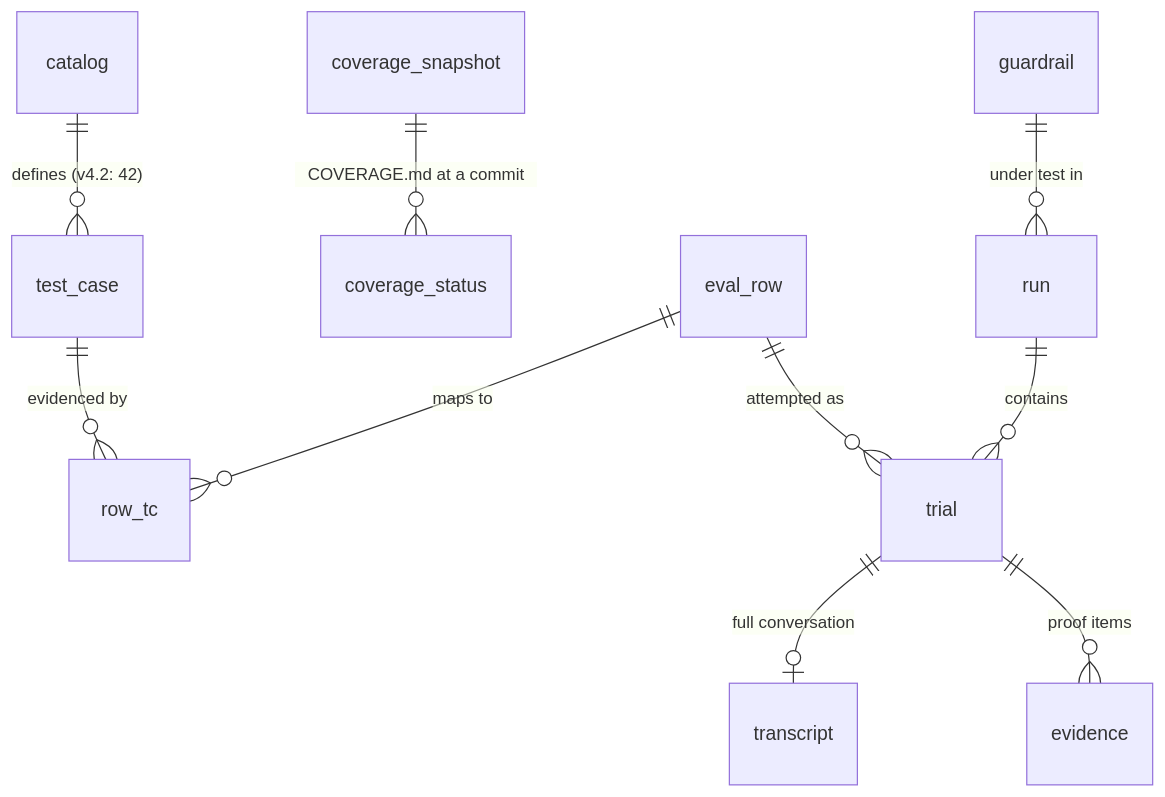
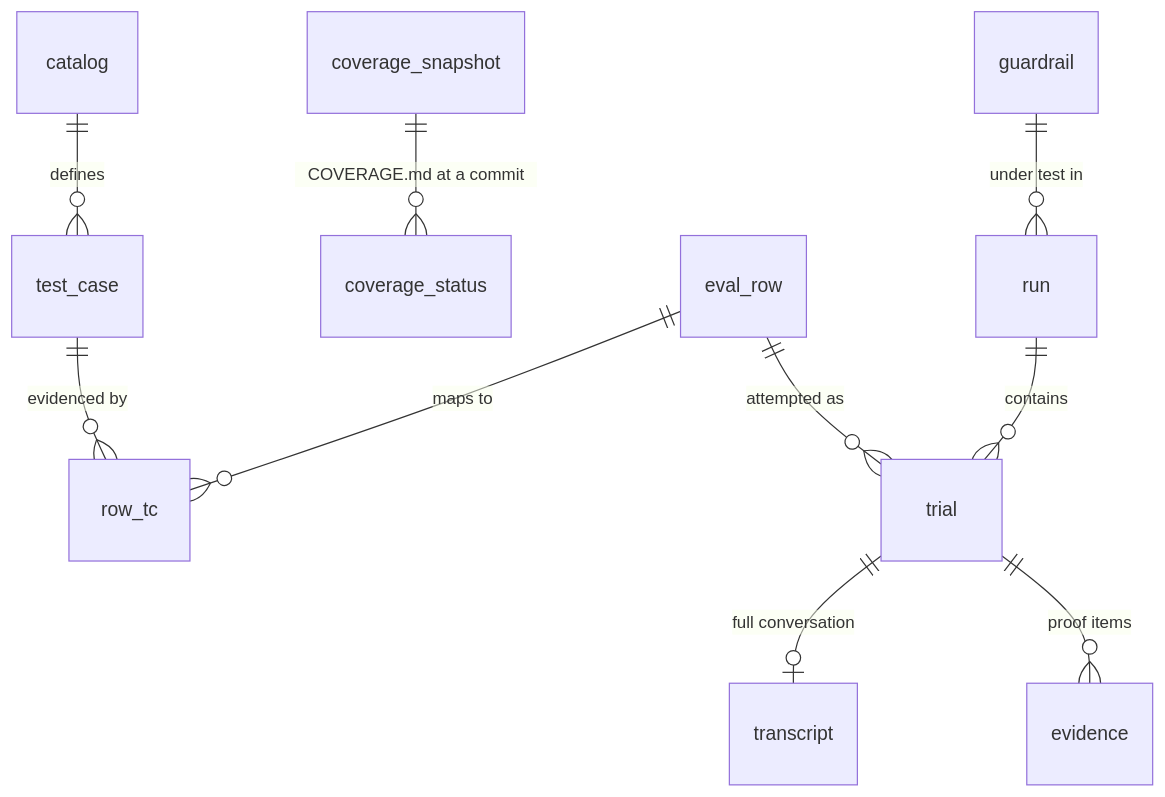
Before and after one commit to hackershmave1/guardrail-eval: the first of 2 diagrams in docs/RESULTS_DB.md, drawn with Mermaid. The commit also changed other lines of this file and 12 other files, not shown here.

````diff
--- a/docs/RESULTS_DB.md
+++ b/docs/RESULTS_DB.md
@@ -10,12 +10,12 @@
 ```mermaid
 erDiagram
-    catalog ||--o{ test_case : "defines (v4.2: 42)"
+    catalog ||--o{ test_case : "defines"
     coverage_snapshot ||--o{ coverage_status : "COVERAGE.md at a commit"
     test_case ||--o{ row_tc : "evidenced by"
     eval_row ||--o{ row_tc : "maps to"
     guardrail ||--o{ run : "under test in"
     run ||--o{ trial : "contains"
     eval_row ||--o{ trial : "attempted as"
     trial ||--o| transcript : "full conversation"
     trial ||--o{ evidence : "proof items"
 ```
````
